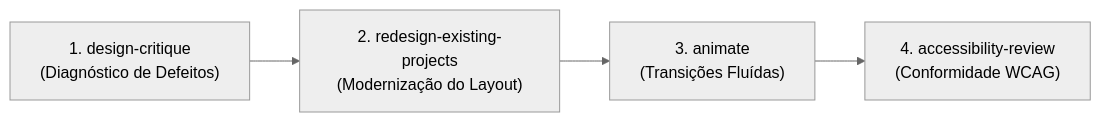
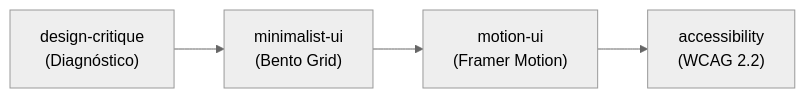
One commit to Henrique1601/SkiilsToIAs changed the fifth of 6 diagrams in CEREBRO.md. Above: the diagram before and after it, drawn with Mermaid (neutral theme). The commit also changed other lines of this file and 257 other files, not shown here.

````diff
--- a/CEREBRO.md
+++ b/CEREBRO.md
@@ -158,10 +157,6 @@
 ```mermaid
 flowchart LR
-    A["1. design-critique
-(Diagnóstico de Defeitos)"] --> B["2. redesign-existing-projects
-(Modernização do Layout)"]
-    B --> C["3. animate
-(Transições Fluídas)"]
-    C --> D["4. accessibility-review
-(Conformidade WCAG)"]
+    A["design-critique<br/>(Diagnóstico)"] --> B["minimalist-ui<br/>(Bento Grid)"]
+    B --> C["motion-ui<br/>(Framer Motion)"]
+    C --> D["accessibility<br/>(WCAG 2.2)"]
 ```
````
